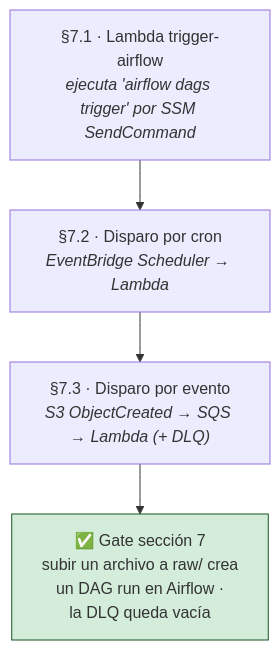
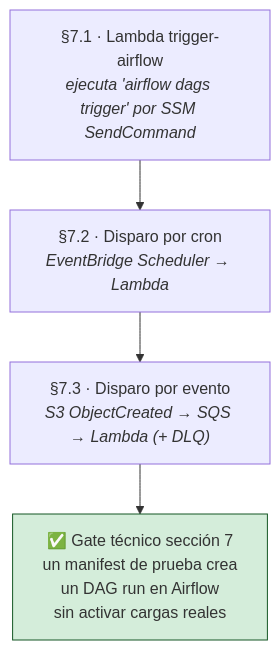
The fifth of 10 diagrams in docs/02-produccion-aws-terraform.md (abantodca/pyspark_stack), drawn with Mermaid before and after one commit. The commit also changed other lines of this file and 39 other files, not shown here.

````diff
--- a/docs/02-produccion-aws-terraform.md
+++ b/docs/02-produccion-aws-terraform.md
@@ -4218,11 +4429,11 @@
 ```mermaid
 flowchart TD
     O1["§7.1 · Lambda trigger-airflow<br/><i>ejecuta 'airflow dags trigger' por SSM SendCommand</i>"]
     O2["§7.2 · Disparo por cron<br/><i>EventBridge Scheduler → Lambda</i>"]
     O3["§7.3 · Disparo por evento<br/><i>S3 ObjectCreated → SQS → Lambda (+ DLQ)</i>"]
-    GATE["✅ Gate sección 7<br/>subir un archivo a raw/ crea<br/>un DAG run en Airflow ·<br/>la DLQ queda vacía"]
+    GATE["✅ Gate técnico sección 7<br/>un manifest de prueba crea<br/>un DAG run en Airflow<br/>sin activar cargas reales"]
 
     O1 --> O2 --> O3 --> GATE
 
     style GATE fill:#d4edda,stroke:#155724
 ```
````
